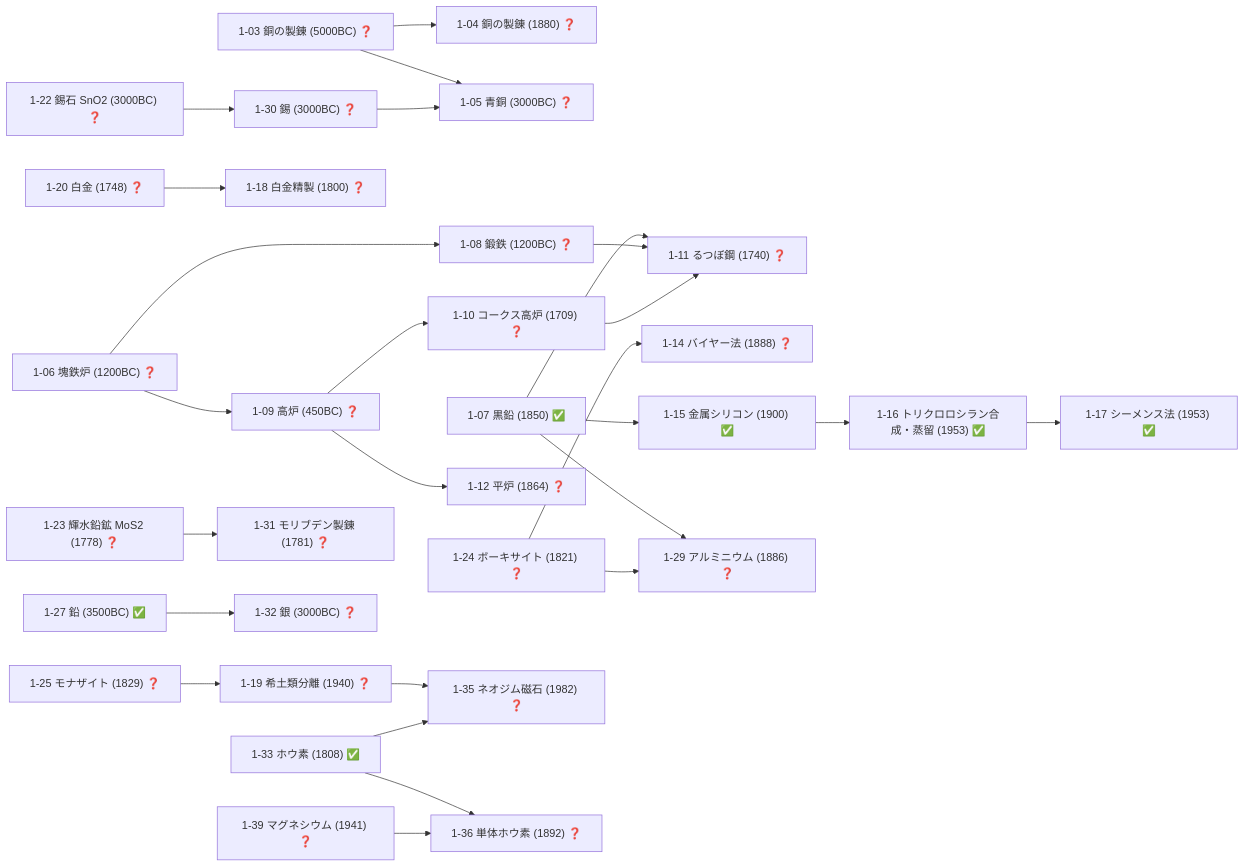
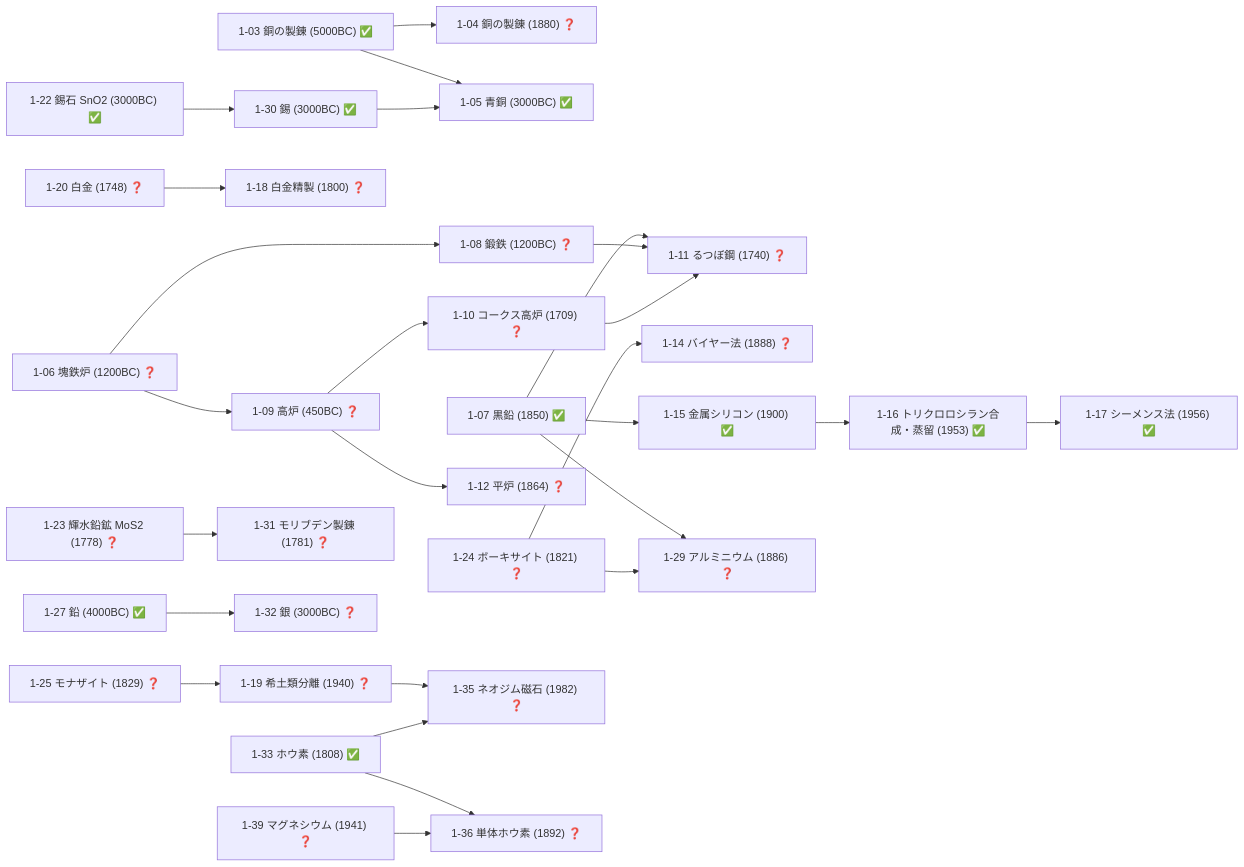
The fourth of 19 diagrams in docs/TECH_TREE_VIEW.md (taku3i0317-collab/semiconductor-lab), drawn with Mermaid before and after one commit. The commit also changed other lines of this file and 32 other files, not shown here.

````diff
--- a/docs/TECH_TREE_VIEW.md
+++ b/docs/TECH_TREE_VIEW.md
@@ -176,58 +176,58 @@
 ```mermaid
 graph LR
-  n1_03["1-03 銅の製錬 (5000BC) ❓"]
+  n1_03["1-03 銅の製錬 (5000BC) ✅"]
   n1_04["1-04 銅の製錬 (1880) ❓"]
-  n1_05["1-05 青銅 (3000BC) ❓"]
+  n1_05["1-05 青銅 (3000BC) ✅"]
   n1_06["1-06 塊鉄炉 (1200BC) ❓"]
   n1_07["1-07 黒鉛 (1850) ✅"]
   n1_08["1-08 鍛鉄 (1200BC) ❓"]
   n1_09["1-09 高炉 (450BC) ❓"]
   n1_10["1-10 コークス高炉 (1709) ❓"]
   n1_11["1-11 るつぼ鋼 (1740) ❓"]
   n1_12["1-12 平炉 (1864) ❓"]
   n1_14["1-14 バイヤー法 (1888) ❓"]
   n1_15["1-15 金属シリコン (1900) ✅"]
   n1_16["1-16 トリクロロシラン合成・蒸留 (1953) ✅"]
-  n1_17["1-17 シーメンス法 (1953) ✅"]
+  n1_17["1-17 シーメンス法 (1956) ✅"]
   n1_18["1-18 白金精製 (1800) ❓"]
   n1_19["1-19 希土類分離 (1940) ❓"]
   n1_20["1-20 白金 (1748) ❓"]
-  n1_22["1-22 錫石 SnO2 (3000BC) ❓"]
+  n1_22["1-22 錫石 SnO2 (3000BC) ✅"]
   n1_23["1-23 輝水鉛鉱 MoS2 (1778) ❓"]
   n1_24["1-24 ボーキサイト (1821) ❓"]
   n1_25["1-25 モナザイト (1829) ❓"]
-  n1_27["1-27 鉛 (3500BC) ✅"]
+  n1_27["1-27 鉛 (4000BC) ✅"]
   n1_29["1-29 アルミニウム (1886) ❓"]
-  n1_30["1-30 錫 (3000BC) ❓"]
+  n1_30["1-30 錫 (3000BC) ✅"]
   n1_31["1-31 モリブデン製錬 (1781) ❓"]
   n1_32["1-32 銀 (3000BC) ❓"]
   n1_33["1-33 ホウ素 (1808) ✅"]
   n1_35["1-35 ネオジム磁石 (1982) ❓"]
   n1_36["1-36 単体ホウ素 (1892) ❓"]
   n1_39["1-39 マグネシウム (1941) ❓"]
   n1_03-->n1_04
   n1_03-->n1_05
   n1_30-->n1_05
   n1_06-->n1_08
   n1_06-->n1_09
   n1_09-->n1_10
   n1_07-->n1_11
   n1_08-->n1_11
   n1_10-->n1_11
   n1_09-->n1_12
   n1_24-->n1_14
   n1_07-->n1_15
   n1_15-->n1_16
   n1_16-->n1_17
   n1_20-->n1_18
   n1_25-->n1_19
   n1_07-->n1_29
   n1_24-->n1_29
   n1_22-->n1_30
   n1_23-->n1_31
   n1_27-->n1_32
   n1_19-->n1_35
   n1_33-->n1_35
   n1_33-->n1_36
   n1_39-->n1_36
 ```
````
